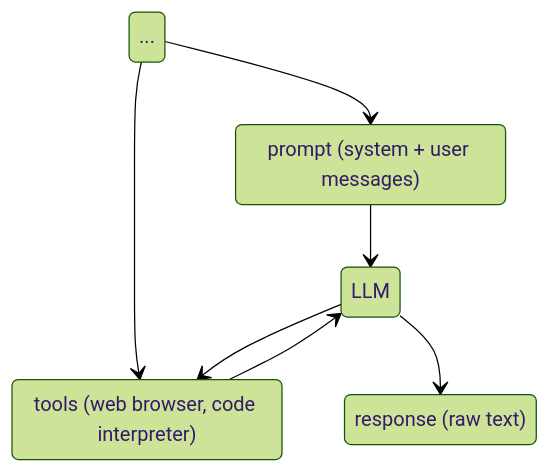
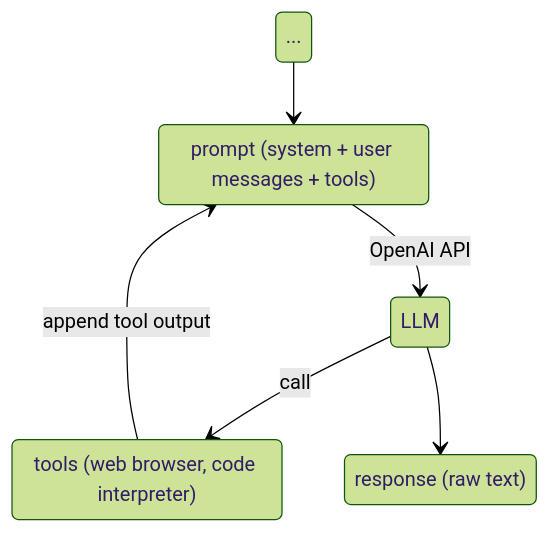
One commit to microsoft/genaiscript changed the diagram in slides/pages/tools.md. Above: the diagram before and after it, drawn with Mermaid (forest theme). The commit also changed other lines of this file and 2 other files, not shown here.

Commit message:
adding tools

````diff
--- a/slides/pages/tools.md
+++ b/slides/pages/tools.md
@@ -5,13 +12,12 @@
 ```mermaid
 stateDiagram
-    prompt : prompt (system + user messages)
+    prompt : prompt (system + user messages + tools)
     tools: tools (web browser, code interpreter)
     response: response (raw text)
     pre: ...
     pre --> prompt
-    pre --> tools
-    prompt --> LLM
-    tools --> LLM
-    LLM --> tools
+    prompt --> LLM: OpenAI API
+    tools --> prompt: append tool output
+    LLM --> tools: call
     LLM --> response
 ```
````
